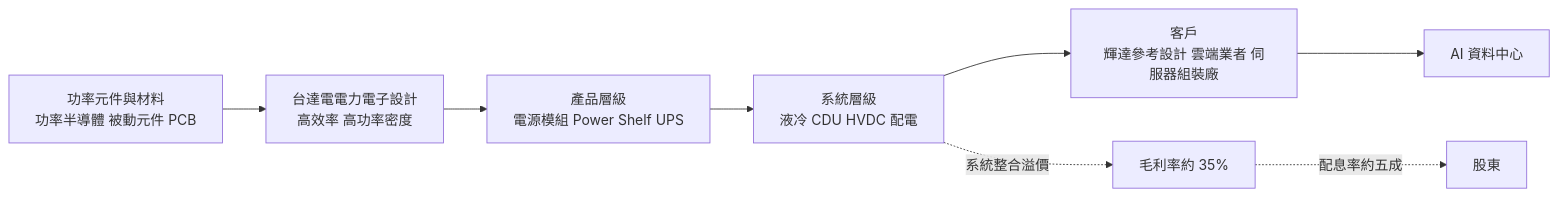
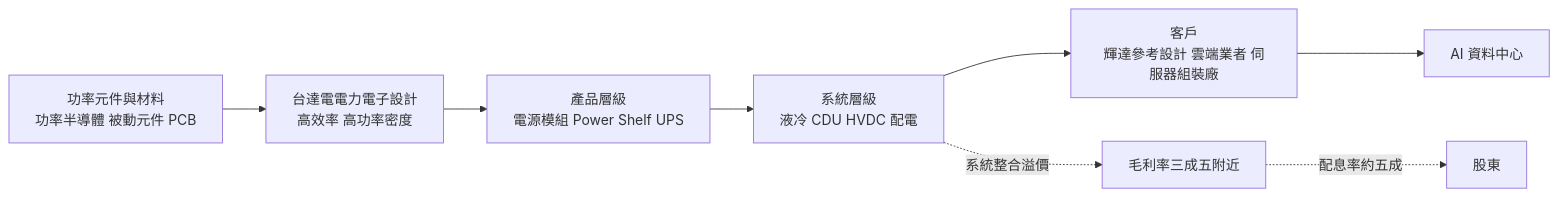
One commit to wangnick1004/taiwan-stock-vault changed the second of 4 diagrams in 個股/台股/2308台達電.md. Above: the diagram before and after it, drawn with Mermaid. The commit also changed other lines of this file and 6 other files, not shown here.

````diff
--- a/個股/台股/2308台達電.md
+++ b/個股/台股/2308台達電.md
@@ -72,10 +72,10 @@
 ```mermaid
 flowchart LR
     A["功率元件與材料<br/>功率半導體 被動元件 PCB"] --> B["台達電電力電子設計<br/>高效率 高功率密度"]
     B --> C["產品層級<br/>電源模組 Power Shelf UPS"]
     C --> D["系統層級<br/>液冷 CDU HVDC 配電"]
     D --> E["客戶<br/>輝達參考設計 雲端業者 伺服器組裝廠"]
     E --> F[AI 資料中心]
-    D -. 系統整合溢價 .-> G[毛利率約 35%]
+    D -. 系統整合溢價 .-> G[毛利率三成五附近]
     G -. 配息率約五成 .-> H[股東]
 ```
````
